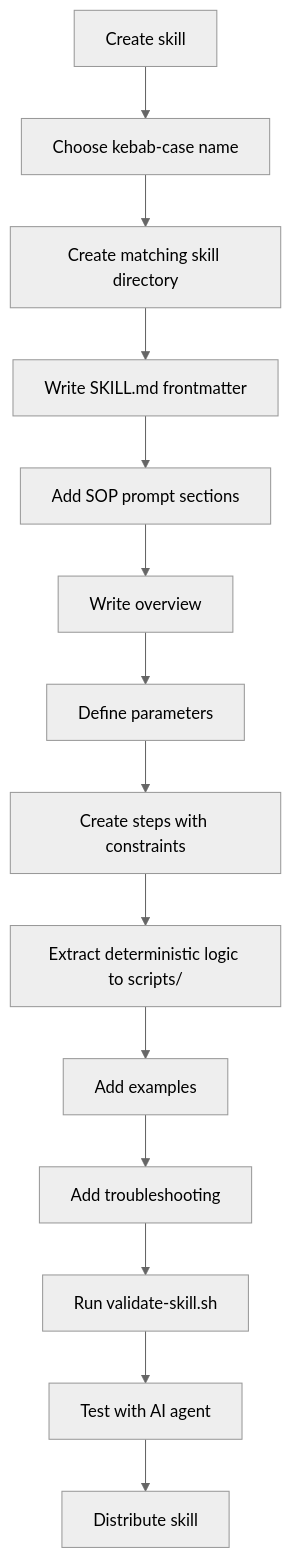
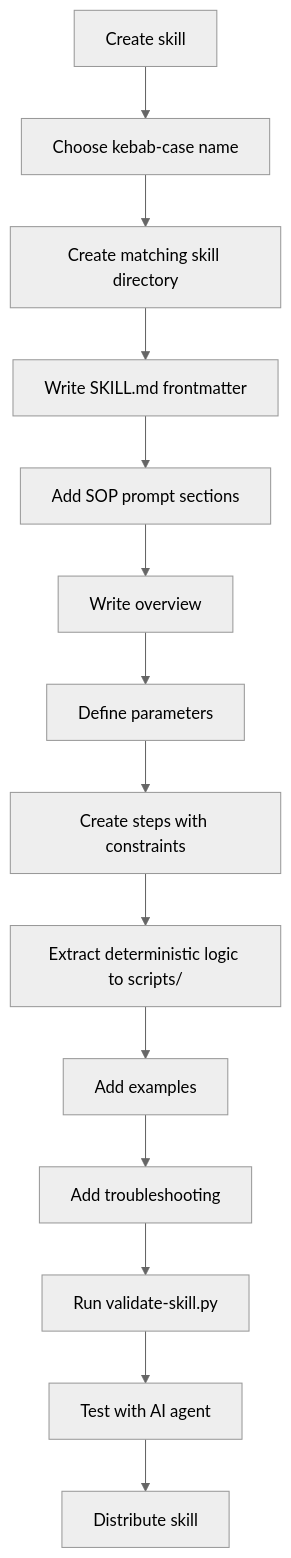
Before and after one commit to demiourgoi/epinoia: the diagram in .agents/skills/agent-sop-author/SKILL.md, drawn with Mermaid (neutral theme). The commit also changed other lines of this file and 14 other files, not shown here.

````diff
--- a/.agents/skills/agent-sop-author/SKILL.md
+++ b/.agents/skills/agent-sop-author/SKILL.md
@@ -478,16 +478,16 @@
 ```mermaid
 flowchart TD
     Start[Create skill] --> Name[Choose kebab-case name]
     Name --> Dir[Create matching skill directory]
     Dir --> Frontmatter[Write SKILL.md frontmatter]
     Frontmatter --> Structure[Add SOP prompt sections]
     Structure --> Overview[Write overview]
     Overview --> Params[Define parameters]
     Params --> Steps[Create steps with constraints]
     Steps --> Scripts[Extract deterministic logic to scripts/]
     Scripts --> Examples[Add examples]
     Examples --> Troubleshoot[Add troubleshooting]
-    Troubleshoot --> Validate[Run validate-skill.sh]
+    Troubleshoot --> Validate[Run validate-skill.py]
     Validate --> Test[Test with AI agent]
     Test --> Done[Distribute skill]
 ```
````
